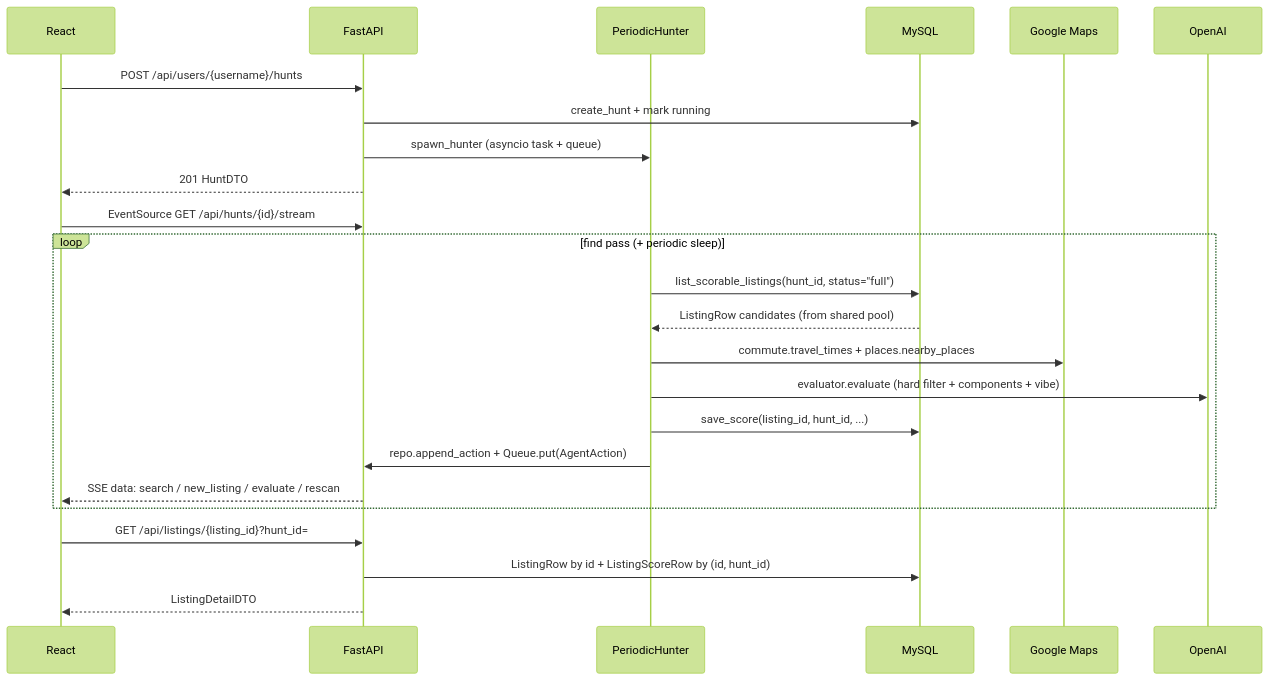
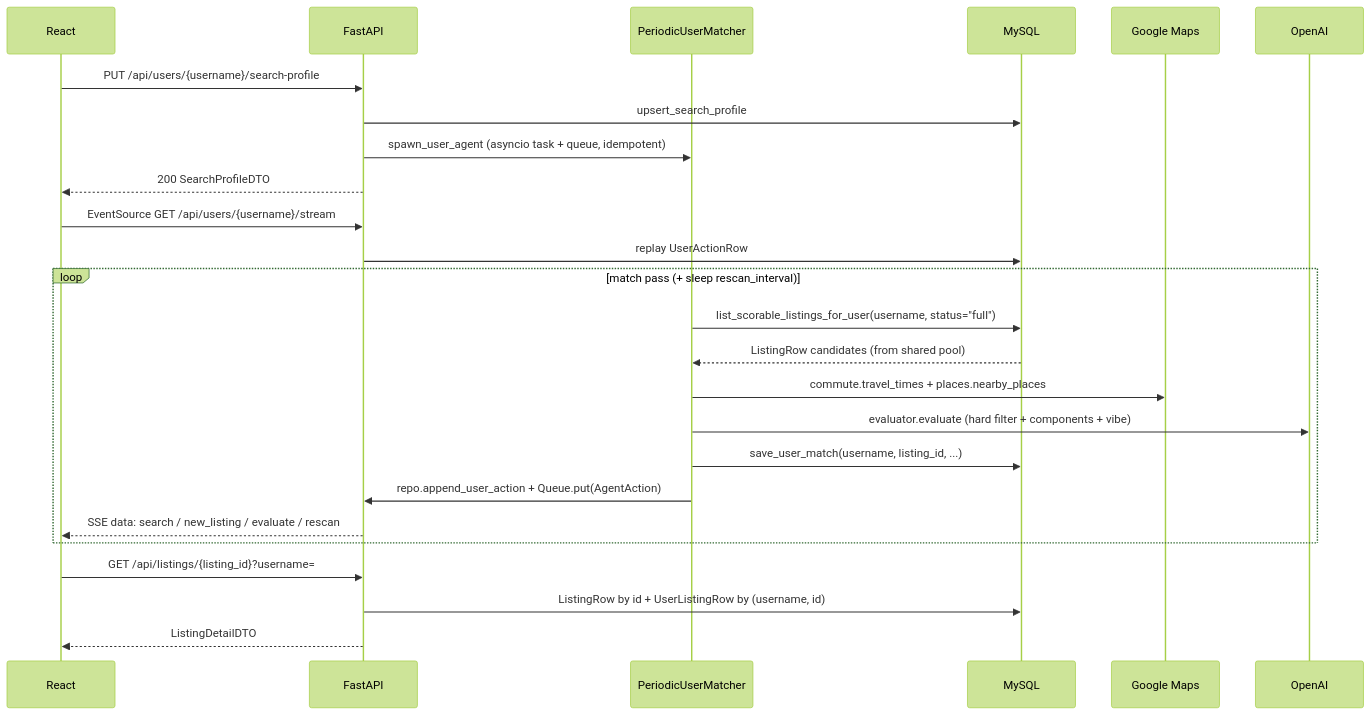
One commit to v-ya-ch-e/tumai-makeathon-2026 changed the second of 3 diagrams in docs/ARCHITECTURE.md. Above: the diagram before and after it, drawn with Mermaid (forest theme). The commit also changed other lines of this file and 30 other files, not shown here.

````diff
--- a/docs/ARCHITECTURE.md
+++ b/docs/ARCHITECTURE.md
@@ -57,27 +58,28 @@
 ```mermaid
 sequenceDiagram
   participant UI as React
   participant API as FastAPI
-  participant PH as PeriodicHunter
+  participant PM as PeriodicUserMatcher
   participant DB as MySQL
   participant GM as Google Maps
   participant OAI as OpenAI
 
-  UI->>API: POST /api/users/{username}/hunts
-  API->>DB: create_hunt + mark running
-  API->>PH: spawn_hunter (asyncio task + queue)
-  API-->>UI: 201 HuntDTO
-  UI->>API: EventSource GET /api/hunts/{id}/stream
-  loop find pass (+ periodic sleep)
-    PH->>DB: list_scorable_listings(hunt_id, status="full")
-    DB-->>PH: ListingRow candidates (from shared pool)
-    PH->>GM: commute.travel_times + places.nearby_places
-    PH->>OAI: evaluator.evaluate (hard filter + components + vibe)
-    PH->>DB: save_score(listing_id, hunt_id, ...)
-    PH->>API: repo.append_action + Queue.put(AgentAction)
+  UI->>API: PUT /api/users/{username}/search-profile
+  API->>DB: upsert_search_profile
+  API->>PM: spawn_user_agent (asyncio task + queue, idempotent)
+  API-->>UI: 200 SearchProfileDTO
+  UI->>API: EventSource GET /api/users/{username}/stream
+  API->>DB: replay UserActionRow
+  loop match pass (+ sleep rescan_interval)
+    PM->>DB: list_scorable_listings_for_user(username, status="full")
+    DB-->>PM: ListingRow candidates (from shared pool)
+    PM->>GM: commute.travel_times + places.nearby_places
+    PM->>OAI: evaluator.evaluate (hard filter + components + vibe)
+    PM->>DB: save_user_match(username, listing_id, ...)
+    PM->>API: repo.append_user_action + Queue.put(AgentAction)
     API-->>UI: SSE data: search / new_listing / evaluate / rescan
   end
-  UI->>API: GET /api/listings/{listing_id}?hunt_id=
-  API->>DB: ListingRow by id + ListingScoreRow by (id, hunt_id)
+  UI->>API: GET /api/listings/{listing_id}?username=
+  API->>DB: ListingRow by id + UserListingRow by (username, id)
   API-->>UI: ListingDetailDTO
 ```
````
